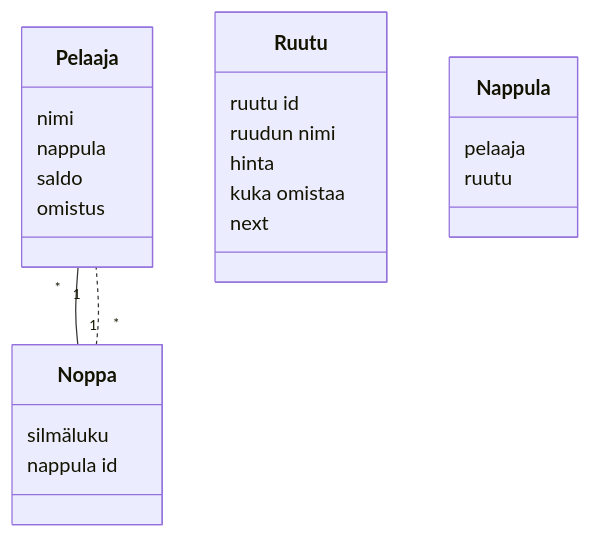
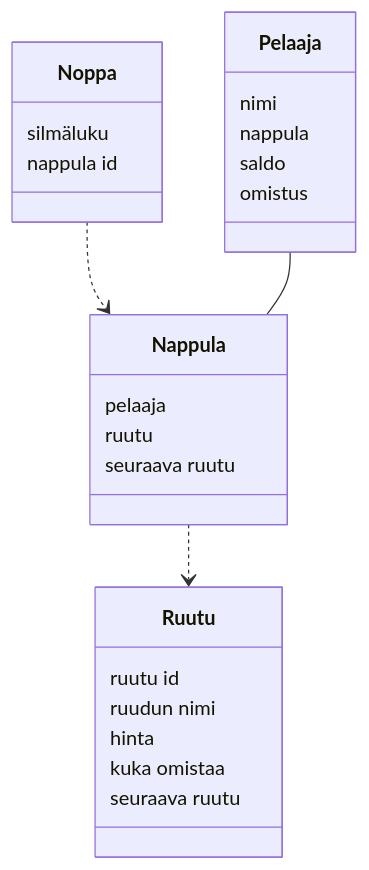
The diagram in laskarit/viikko3/luokkakaavio.md (hcaatu/ot-harjoitustyo), drawn with Mermaid before and after one commit.

````diff
--- a/laskarit/viikko3/luokkakaavio.md
+++ b/laskarit/viikko3/luokkakaavio.md
@@ -3,30 +3,32 @@
 ```mermaid
  classDiagram
-      Pelaaja "*" -- "1" Noppa
+      Noppa ..> Nappula
+      Pelaaja -- Nappula
+      Nappula ..> Ruutu
       
       class Ruutu{
           ruutu id
           ruudun nimi
           hinta
           kuka omistaa
-          next
+          seuraava ruutu
       }
       class Pelaaja{
           nimi
           nappula
           saldo
           omistus
       }    
       
-      Noppa "*" ..  "1" Pelaaja
       class Noppa{
           silmäluku
           nappula id
       }
       
       class Nappula{
           pelaaja
           ruutu
+          seuraava ruutu
       }
       
 ```
````
